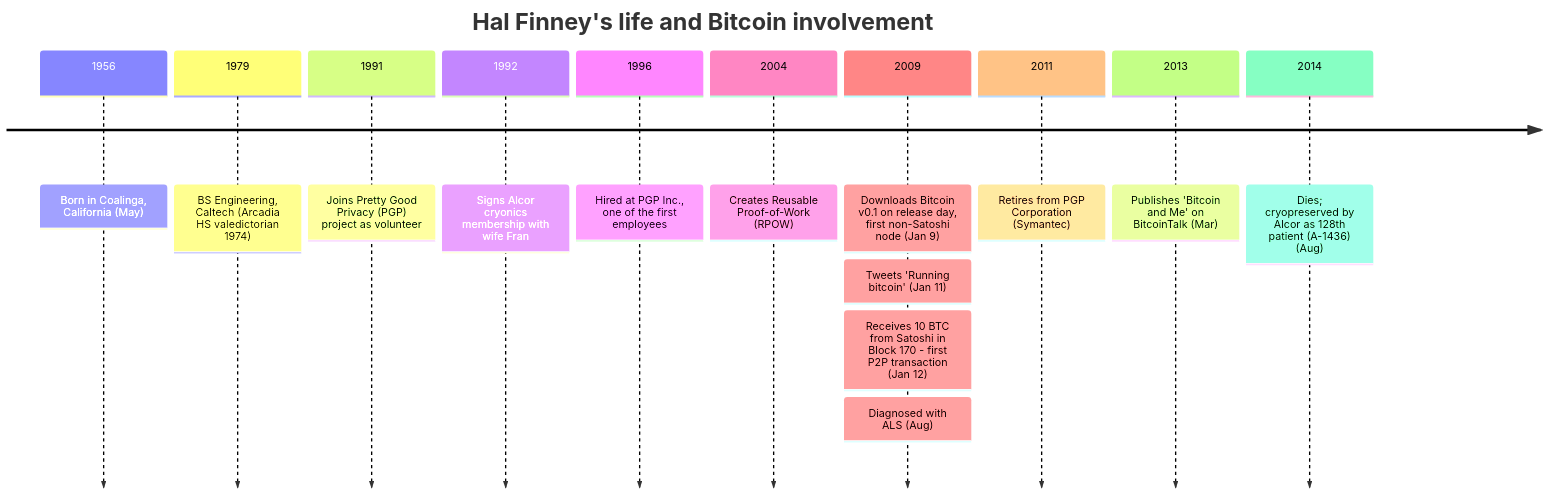
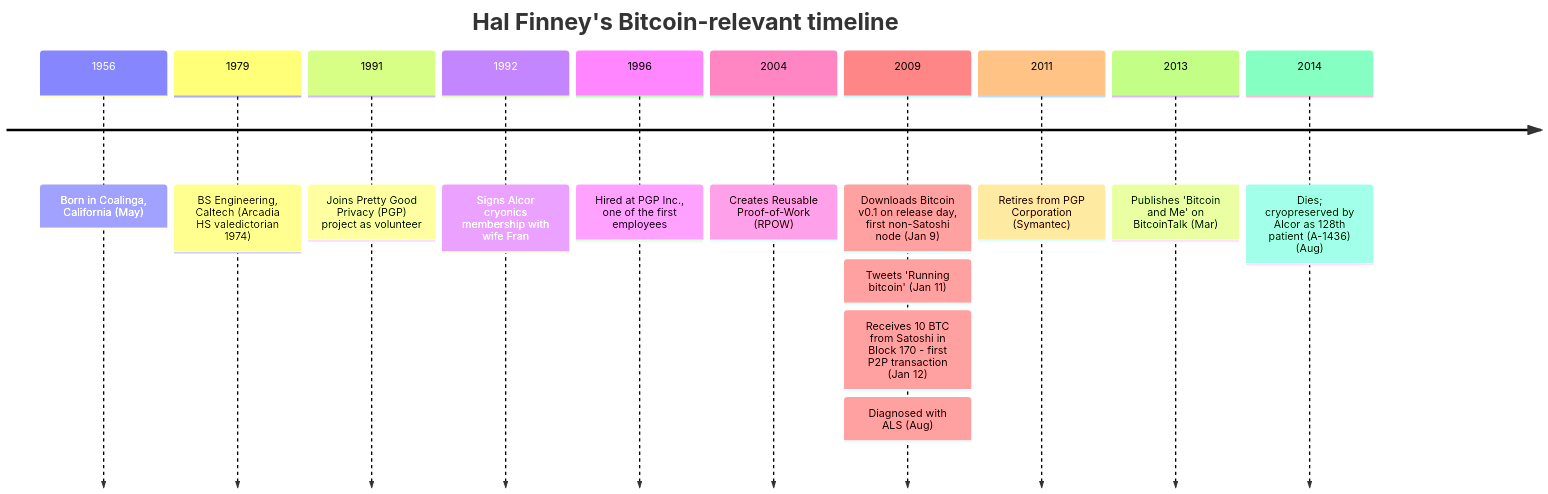
Before and after one commit to cypher256/BitcoinArchive: the diagram in src/data/entries/en/aftermath/2014-08-28-hal-finney-biography.md, drawn with Mermaid. The commit also changed 104 other files, not shown here.

````diff
--- a/src/data/entries/en/aftermath/2014-08-28-hal-finney-biography.md
+++ b/src/data/entries/en/aftermath/2014-08-28-hal-finney-biography.md
@@ -63,17 +63,17 @@
 ```mermaid
 timeline
-    title Hal Finney's life and Bitcoin involvement
+    title Hal Finney's Bitcoin-relevant timeline
     1956 : Born in Coalinga, California (May)
     1979 : BS Engineering, Caltech (Arcadia HS valedictorian 1974)
     1991 : Joins Pretty Good Privacy (PGP) project as volunteer
     1992 : Signs Alcor cryonics membership with wife Fran
     1996 : Hired at PGP Inc., one of the first employees
     2004 : Creates Reusable Proof-of-Work (RPOW)
     2009 : Downloads Bitcoin v0.1 on release day, first non-Satoshi node (Jan 9)
          : Tweets 'Running bitcoin' (Jan 11)
          : Receives 10 BTC from Satoshi in Block 170 - first P2P transaction (Jan 12)
          : Diagnosed with ALS (Aug)
     2011 : Retires from PGP Corporation (Symantec)
     2013 : Publishes 'Bitcoin and Me' on BitcoinTalk (Mar)
     2014 : Dies; cryopreserved by Alcor as 128th patient (A-1436) (Aug)
 ```
````
